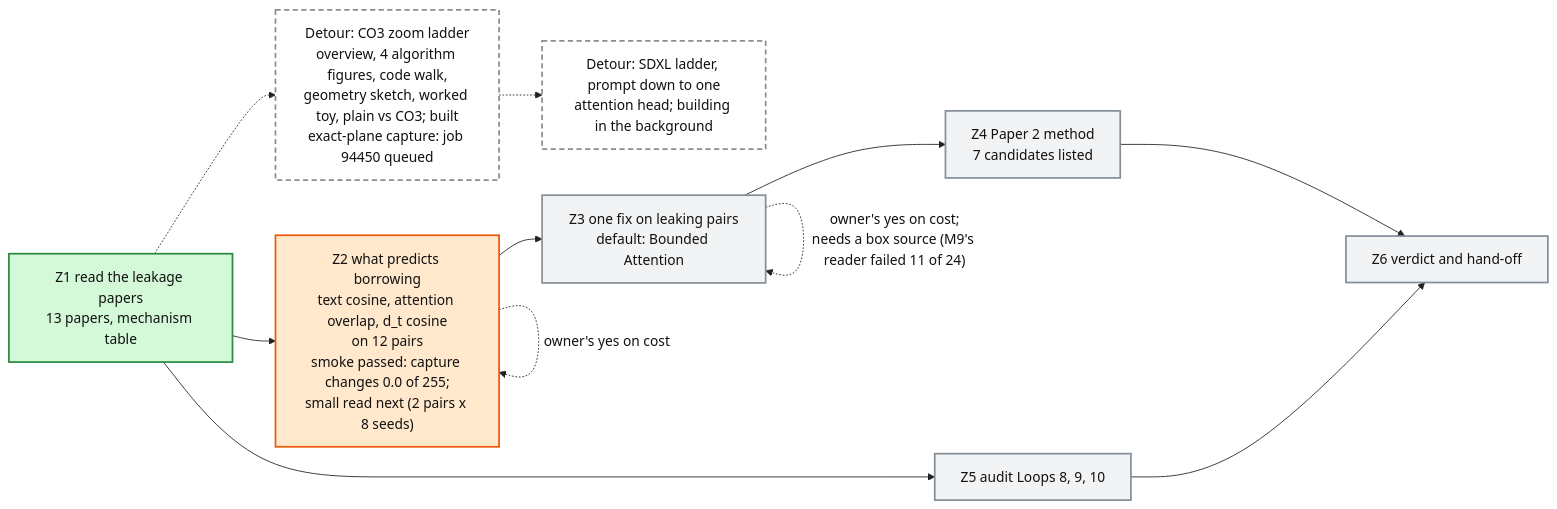
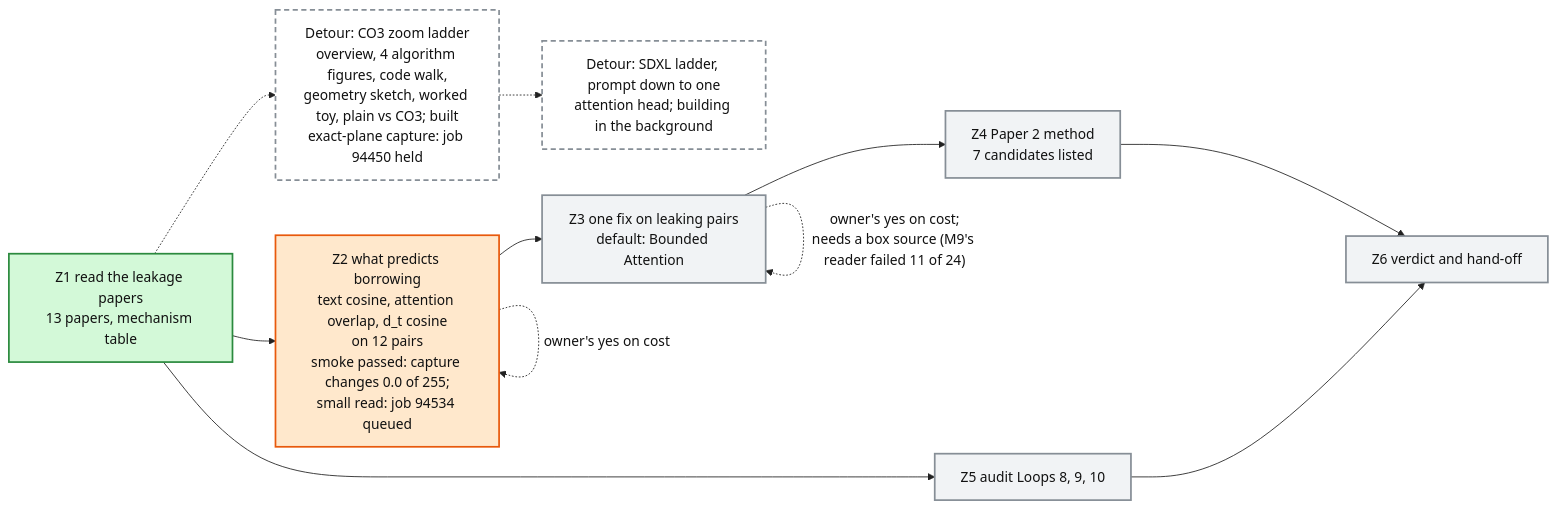
One commit to mo-rsa24/concept-composition changed the diagram in artifacts/notes/progress/leakage/loop-12-progress.mmd. Above: the diagram before and after it, drawn with Mermaid. The commit also changed 3 other files, not shown here.

Commit message:
Loop 12: GPU line sketch; small read 94534 ahead of the held ladder capture

```diff
--- a/artifacts/notes/progress/leakage/loop-12-progress.mmd
+++ b/artifacts/notes/progress/leakage/loop-12-progress.mmd
@@ -1,20 +1,20 @@
 %%{init: {'theme': 'base', 'themeVariables': {'fontFamily': 'monospace', 'primaryColor': '#ffffff', 'primaryBorderColor': '#222222', 'primaryTextColor': '#111111', 'lineColor': '#222222'}}}%%
 flowchart LR
   Z1["Z1 read the leakage papers<br/>13 papers, mechanism table"]:::done
-  Z2["Z2 what predicts borrowing<br/>text cosine, attention overlap, d_t cosine<br/>on 12 pairs<br/>smoke passed: capture changes 0.0 of 255;<br/>small read next (2 pairs x 8 seeds)"]:::doing
+  Z2["Z2 what predicts borrowing<br/>text cosine, attention overlap, d_t cosine<br/>on 12 pairs<br/>smoke passed: capture changes 0.0 of 255;<br/>small read: job 94534 queued"]:::doing
   Z3["Z3 one fix on leaking pairs<br/>default: Bounded Attention"]:::todo
   Z4["Z4 Paper 2 method<br/>7 candidates listed"]:::todo
   Z5["Z5 audit Loops 8, 9, 10"]:::todo
   Z6["Z6 verdict and hand-off"]:::todo
-  LAD["Detour: CO3 zoom ladder<br/>overview, 4 algorithm figures, code walk,<br/>geometry sketch, worked toy, plain vs CO3; built<br/>exact-plane capture: job 94450 queued"]:::detour
+  LAD["Detour: CO3 zoom ladder<br/>overview, 4 algorithm figures, code walk,<br/>geometry sketch, worked toy, plain vs CO3; built<br/>exact-plane capture: job 94450 held"]:::detour
   Z1 -.-> LAD
   SDX["Detour: SDXL ladder, prompt down to one<br/>attention head; building in the background"]:::detour
   LAD -.-> SDX
   Z1 --> Z2 --> Z3 --> Z4 --> Z6
   Z1 --> Z5 --> Z6
   Z2 -. "owner's yes on cost" .-> Z2
   Z3 -. "owner's yes on cost;<br/>needs a box source (M9's reader failed 11 of 24)" .-> Z3
   classDef done fill:#d3f9d8,stroke:#2b8a3e,stroke-width:2px
   classDef doing fill:#ffe8cc,stroke:#e8590c,stroke-width:2px
   classDef detour fill:#ffffff,stroke:#868e96,stroke-width:2px,stroke-dasharray: 6 4
   classDef todo fill:#f1f3f5,stroke:#868e96,stroke-width:2px
```
